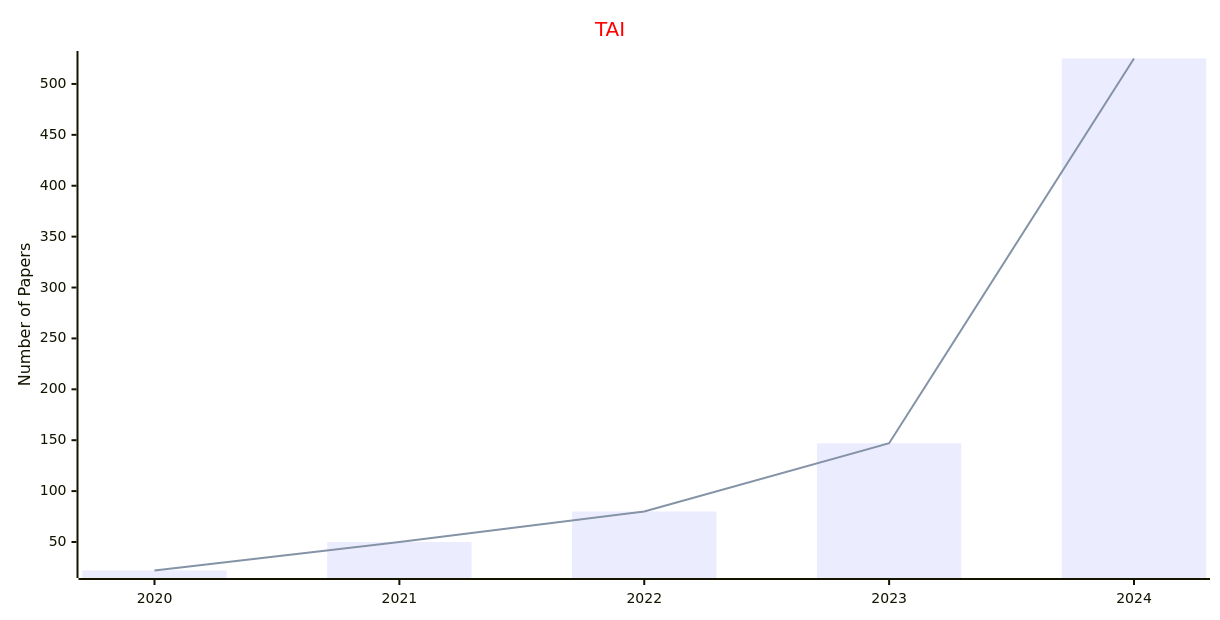
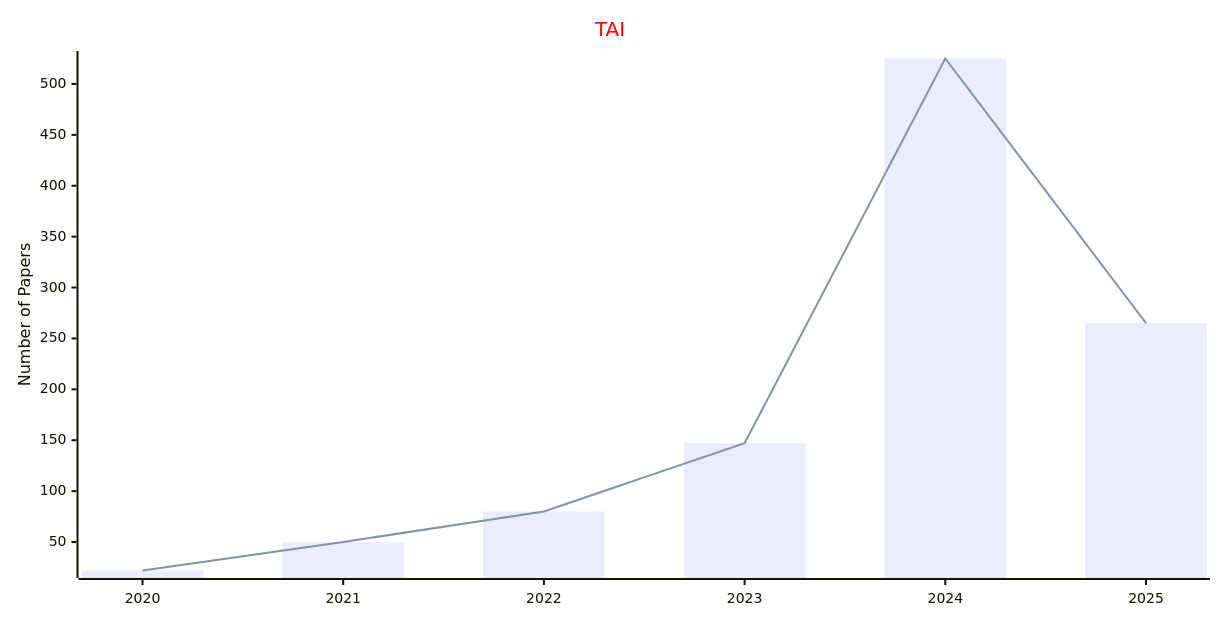
One commit to Easy-PhD/AILinks changed the eighth of 27 diagrams in docs/data/Journals/Statistics_Journals/Artificial_Intelligence.md. Above: the diagram before and after it, drawn with Mermaid. The commit also changed other lines of this file and 107 other files, not shown here.

````diff
--- a/docs/data/Journals/Statistics_Journals/Artificial_Intelligence.md
+++ b/docs/data/Journals/Statistics_Journals/Artificial_Intelligence.md
@@ -177,17 +177,17 @@
 ```mermaid
 ---
 config:
     xyChart:
         width: 1200
         height: 600
     themeVariables:
         xyChart:
             titleColor: "#ff0000"
 ---
 xychart-beta
     title "TAI"
-    x-axis [2020, 2021, 2022, 2023, 2024]
+    x-axis [2020, 2021, 2022, 2023, 2024, 2025]
     y-axis "Number of Papers"
-    bar [22, 50, 80, 147, 525]
-    line [22, 50, 80, 147, 525]
+    bar [22, 50, 80, 147, 525, 265]
+    line [22, 50, 80, 147, 525, 265]
 ```
````
